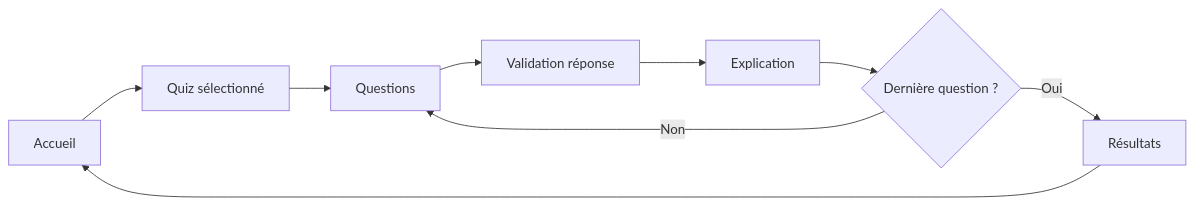
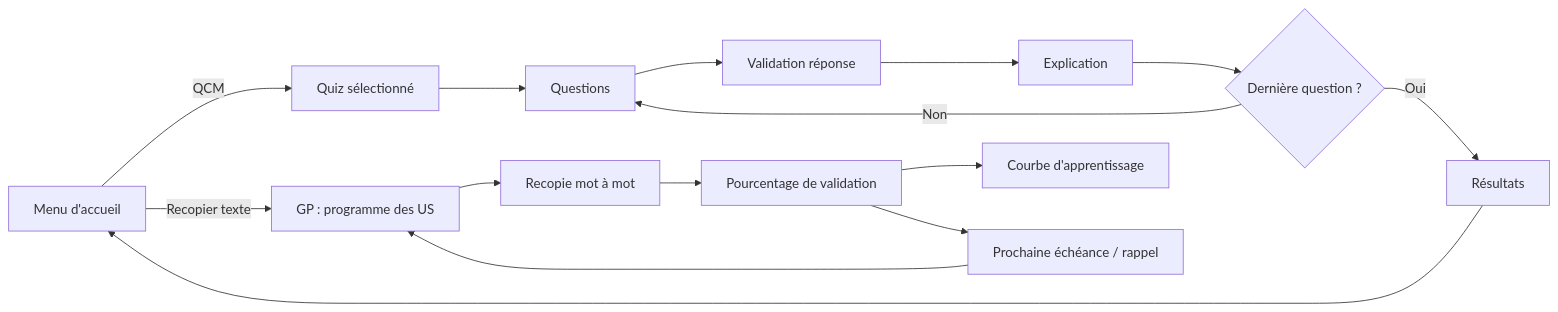
Before and after one commit to jojo8356/CQCM: the diagram in DOC.md, drawn with Mermaid. The commit also changed other lines of this file and 29 other files, not shown here.

First line of the commit message:
feat(accueil): menu QCM / Recopier texte et mode révision GP

````diff
--- a/DOC.md
+++ b/DOC.md
@@ -12,11 +15,18 @@
 ```mermaid
 flowchart LR
-  A[Accueil] --> B[Quiz sélectionné]
+  A[Menu d'accueil] -->|QCM| B[Quiz sélectionné]
   B --> C[Questions]
   C --> D[Validation réponse]
   D --> E[Explication]
   E --> F{Dernière question ?}
   F -- Non --> C
   F -- Oui --> G[Résultats]
   G --> A
+
+  A -->|Recopier texte| H[GP : programme des US]
+  H --> I[Recopie mot à mot]
+  I --> J[Pourcentage de validation]
+  J --> K[Courbe d'apprentissage]
+  J --> L[Prochaine échéance / rappel]
+  L --> H
 ```
````
